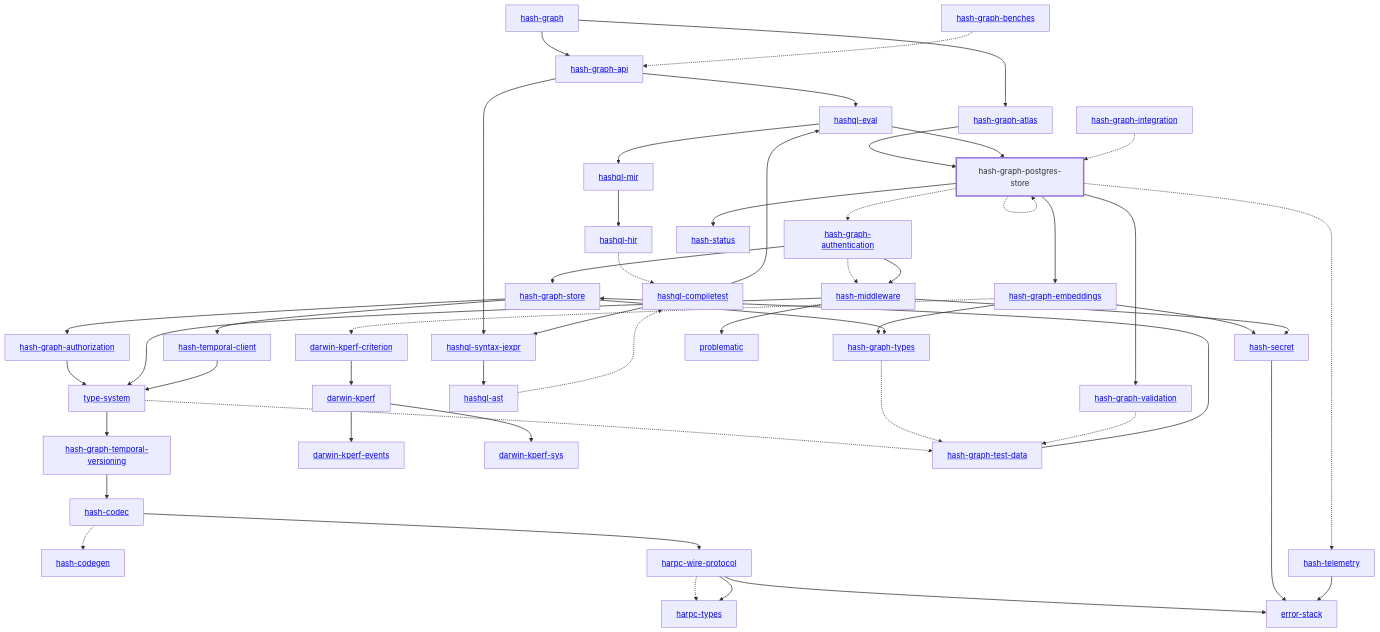
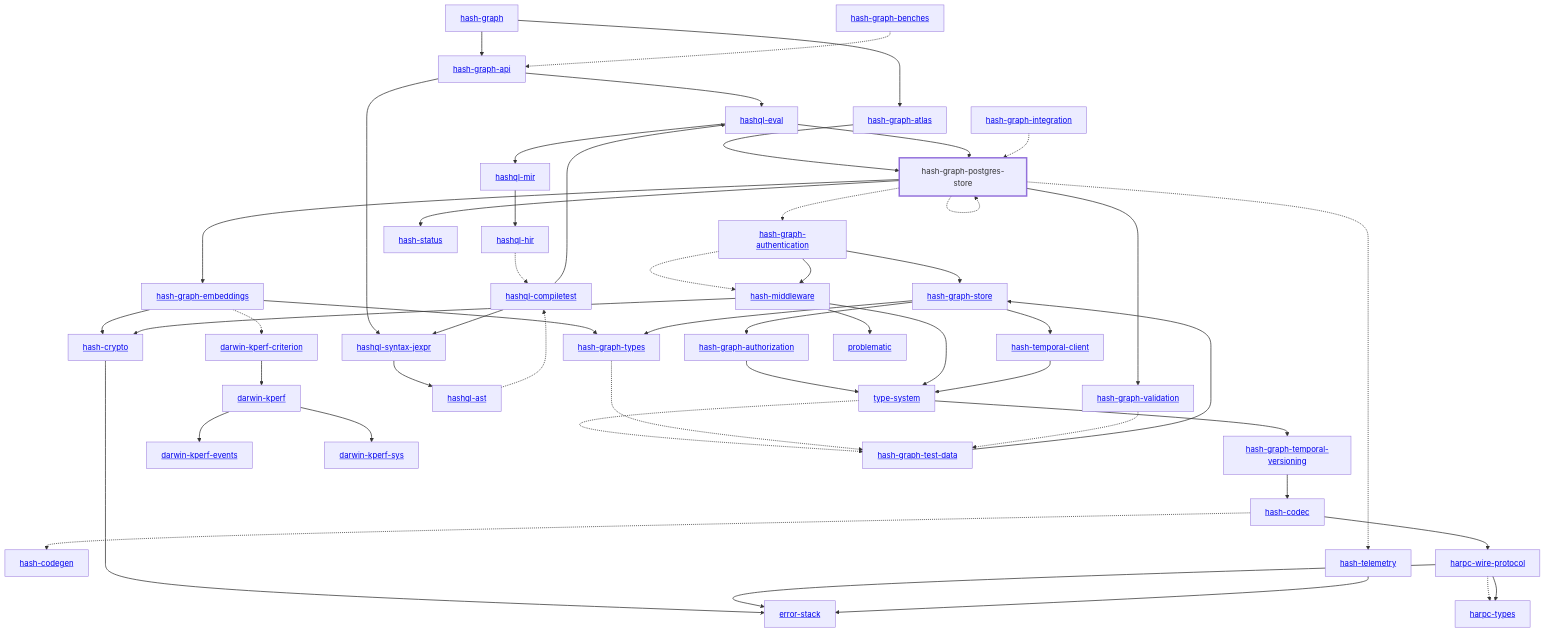
Before and after one commit to hashintel/hash: the diagram in libs/@local/graph/postgres-store/docs/dependency-diagram.mmd, drawn with Mermaid. The commit also changed 138 other files, not shown here.

Commit message:
Rename hash-secret to hash-crypto

```diff
--- a/libs/@local/graph/postgres-store/docs/dependency-diagram.mmd
+++ b/libs/@local/graph/postgres-store/docs/dependency-diagram.mmd
@@ -1,98 +1,98 @@
 graph TD
     linkStyle default stroke-width:1.5px
     classDef default stroke-width:1px
     classDef root stroke-width:3px
     classDef dev stroke-width:1px
     classDef build stroke-width:1px
     %% Legend
     %% --> : Normal dependency
     %% -.-> : Dev dependency
     %% ---> : Build dependency
     0[<a href="../hash_graph/index.html">hash-graph</a>]
     1[<a href="../type_system/index.html">type-system</a>]
     2[<a href="../hash_codec/index.html">hash-codec</a>]
     3[<a href="../hash_codegen/index.html">hash-codegen</a>]
-    4[<a href="../hash_graph_api/index.html">hash-graph-api</a>]
-    5[<a href="../hash_graph_atlas/index.html">hash-graph-atlas</a>]
-    6[<a href="../hash_graph_authentication/index.html">hash-graph-authentication</a>]
-    7[<a href="../hash_graph_authorization/index.html">hash-graph-authorization</a>]
-    8[<a href="../hash_graph_embeddings/index.html">hash-graph-embeddings</a>]
-    9[hash-graph-postgres-store]
-    class 9 root
-    10[<a href="../hash_graph_store/index.html">hash-graph-store</a>]
-    11[<a href="../hash_graph_temporal_versioning/index.html">hash-graph-temporal-versioning</a>]
-    12[<a href="../hash_graph_types/index.html">hash-graph-types</a>]
-    13[<a href="../hash_graph_validation/index.html">hash-graph-validation</a>]
-    14[<a href="../harpc_types/index.html">harpc-types</a>]
-    15[<a href="../harpc_wire_protocol/index.html">harpc-wire-protocol</a>]
-    16[<a href="../hashql_ast/index.html">hashql-ast</a>]
-    17[<a href="../hashql_compiletest/index.html">hashql-compiletest</a>]
-    18[<a href="../hashql_eval/index.html">hashql-eval</a>]
-    19[<a href="../hashql_hir/index.html">hashql-hir</a>]
-    20[<a href="../hashql_mir/index.html">hashql-mir</a>]
-    21[<a href="../hashql_syntax_jexpr/index.html">hashql-syntax-jexpr</a>]
-    22[<a href="../hash_middleware/index.html">hash-middleware</a>]
-    23[<a href="../hash_secret/index.html">hash-secret</a>]
+    4[<a href="../hash_crypto/index.html">hash-crypto</a>]
+    5[<a href="../hash_graph_api/index.html">hash-graph-api</a>]
+    6[<a href="../hash_graph_atlas/index.html">hash-graph-atlas</a>]
+    7[<a href="../hash_graph_authentication/index.html">hash-graph-authentication</a>]
+    8[<a href="../hash_graph_authorization/index.html">hash-graph-authorization</a>]
+    9[<a href="../hash_graph_embeddings/index.html">hash-graph-embeddings</a>]
+    10[hash-graph-postgres-store]
+    class 10 root
+    11[<a href="../hash_graph_store/index.html">hash-graph-store</a>]
+    12[<a href="../hash_graph_temporal_versioning/index.html">hash-graph-temporal-versioning</a>]
+    13[<a href="../hash_graph_types/index.html">hash-graph-types</a>]
+    14[<a href="../hash_graph_validation/index.html">hash-graph-validation</a>]
+    15[<a href="../harpc_types/index.html">harpc-types</a>]
+    16[<a href="../harpc_wire_protocol/index.html">harpc-wire-protocol</a>]
+    17[<a href="../hashql_ast/index.html">hashql-ast</a>]
+    18[<a href="../hashql_compiletest/index.html">hashql-compiletest</a>]
+    19[<a href="../hashql_eval/index.html">hashql-eval</a>]
+    20[<a href="../hashql_hir/index.html">hashql-hir</a>]
+    21[<a href="../hashql_mir/index.html">hashql-mir</a>]
+    22[<a href="../hashql_syntax_jexpr/index.html">hashql-syntax-jexpr</a>]
+    23[<a href="../hash_middleware/index.html">hash-middleware</a>]
     24[<a href="../hash_status/index.html">hash-status</a>]
     25[<a href="../hash_telemetry/index.html">hash-telemetry</a>]
     26[<a href="../hash_temporal_client/index.html">hash-temporal-client</a>]
     27[<a href="../darwin_kperf/index.html">darwin-kperf</a>]
     28[<a href="../darwin_kperf_criterion/index.html">darwin-kperf-criterion</a>]
     29[<a href="../darwin_kperf_events/index.html">darwin-kperf-events</a>]
     30[<a href="../darwin_kperf_sys/index.html">darwin-kperf-sys</a>]
     31[<a href="../error_stack/index.html">error-stack</a>]
     32[<a href="../problematic/index.html">problematic</a>]
     33[<a href="../hash_graph_benches/index.html">hash-graph-benches</a>]
     34[<a href="../hash_graph_integration/index.html">hash-graph-integration</a>]
     35[<a href="../hash_graph_test_data/index.html">hash-graph-test-data</a>]
-    0 --> 4
     0 --> 5
-    1 --> 11
+    0 --> 6
+    1 --> 12
     1 -.-> 35
     2 -.-> 3
-    2 --> 15
-    4 --> 18
-    4 --> 21
-    5 --> 9
+    2 --> 16
+    4 --> 31
+    5 --> 19
+    5 --> 22
     6 --> 10
-    6 -.-> 22
-    6 --> 22
-    7 --> 1
-    8 --> 12
-    8 --> 23
-    8 -.-> 28
-    9 -.-> 6
-    9 --> 8
-    9 -.-> 9
+    7 --> 11
+    7 -.-> 23
+    7 --> 23
+    8 --> 1
+    9 --> 4
     9 --> 13
-    9 --> 24
-    9 -.-> 25
-    10 --> 7
-    10 --> 12
-    10 --> 26
-    11 --> 2
-    12 -.-> 35
+    9 -.-> 28
+    10 -.-> 7
+    10 --> 9
+    10 -.-> 10
+    10 --> 14
+    10 --> 24
+    10 -.-> 25
+    11 --> 8
+    11 --> 13
+    11 --> 26
+    12 --> 2
     13 -.-> 35
-    15 -.-> 14
-    15 --> 14
-    15 --> 31
-    16 -.-> 17
-    17 --> 18
-    17 --> 21
-    18 --> 9
-    18 --> 20
-    19 -.-> 17
-    20 --> 19
-    21 --> 16
-    22 --> 1
-    22 --> 23
-    22 --> 32
-    23 --> 31
+    14 -.-> 35
+    16 -.-> 15
+    16 --> 15
+    16 --> 31
+    17 -.-> 18
+    18 --> 19
+    18 --> 22
+    19 --> 10
+    19 --> 21
+    20 -.-> 18
+    21 --> 20
+    22 --> 17
+    23 --> 1
+    23 --> 4
+    23 --> 32
     25 --> 31
     26 --> 1
     27 --> 29
     27 --> 30
     28 --> 27
-    33 -.-> 4
-    34 -.-> 9
-    35 --> 10
+    33 -.-> 5
+    34 -.-> 10
+    35 --> 11
```
